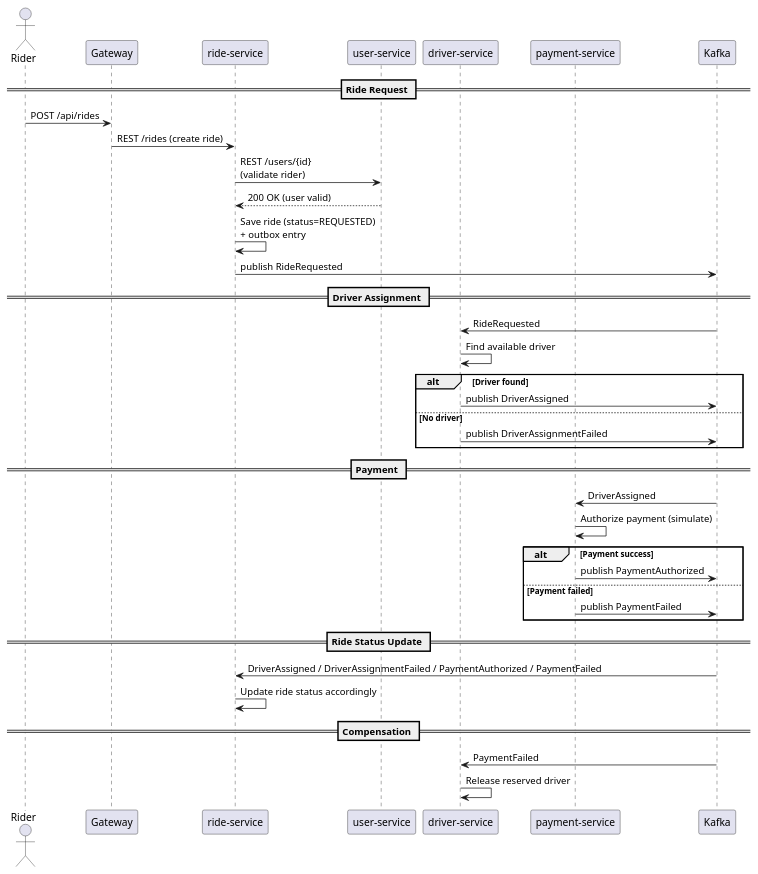
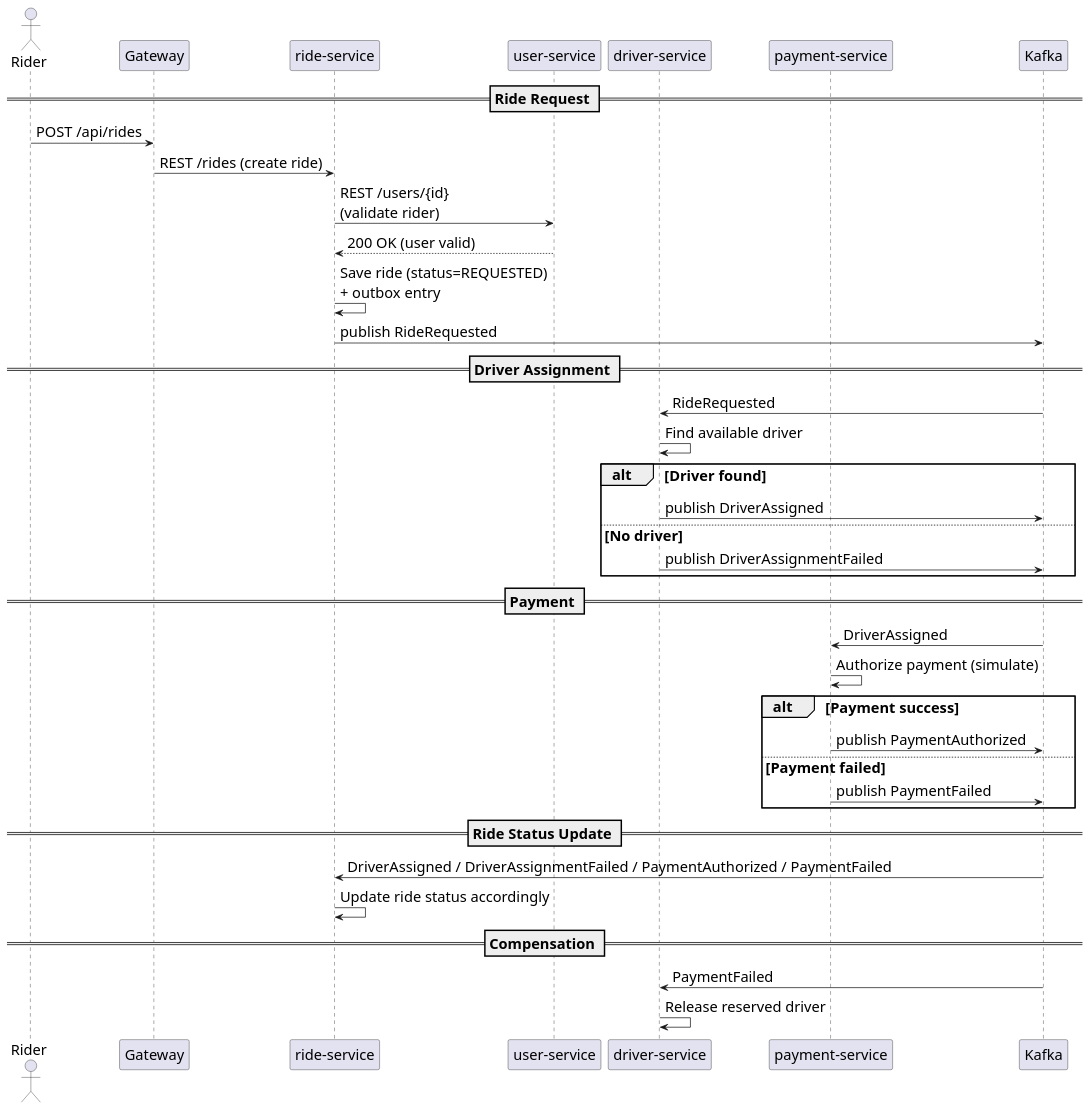
Before and after one commit to visibleone/ride-flow: the diagram in documents/diagrams/book-a-ride-saga-flow.pu, drawn with PlantUML.

Commit message:
Update book-a-ride saga flow diagram with font size configuration

```diff
--- a/documents/diagrams/book-a-ride-saga-flow.pu
+++ b/documents/diagrams/book-a-ride-saga-flow.pu
@@ -1,47 +1,48 @@
 @startuml
+skinparam defaultFontSize 20
 actor Rider
 
 participant Gateway
 participant "ride-service" as Ride
 participant "user-service" as User
 participant "driver-service" as Driver
 participant "payment-service" as Payment
 participant Kafka
 
 == Ride Request ==
 Rider -> Gateway : POST /api/rides
 Gateway -> Ride : REST /rides (create ride)
 
 Ride -> User : REST /users/{id}\n(validate rider)
 User --> Ride : 200 OK (user valid)
 
 Ride -> Ride : Save ride (status=REQUESTED)\n+ outbox entry
 Ride -> Kafka : publish RideRequested
 
 == Driver Assignment ==
 Kafka -> Driver : RideRequested
 Driver -> Driver : Find available driver
 alt Driver found
   Driver -> Kafka : publish DriverAssigned
 else No driver
   Driver -> Kafka : publish DriverAssignmentFailed
 end
 
 == Payment ==
 Kafka -> Payment : DriverAssigned
 Payment -> Payment : Authorize payment (simulate)
 alt Payment success
   Payment -> Kafka : publish PaymentAuthorized
 else Payment failed
   Payment -> Kafka : publish PaymentFailed
 end
 
 == Ride Status Update ==
 Kafka -> Ride : DriverAssigned / DriverAssignmentFailed / PaymentAuthorized / PaymentFailed
 Ride -> Ride : Update ride status accordingly
 
 == Compensation ==
 Kafka -> Driver : PaymentFailed
 Driver -> Driver : Release reserved driver
 
 @enduml
```
